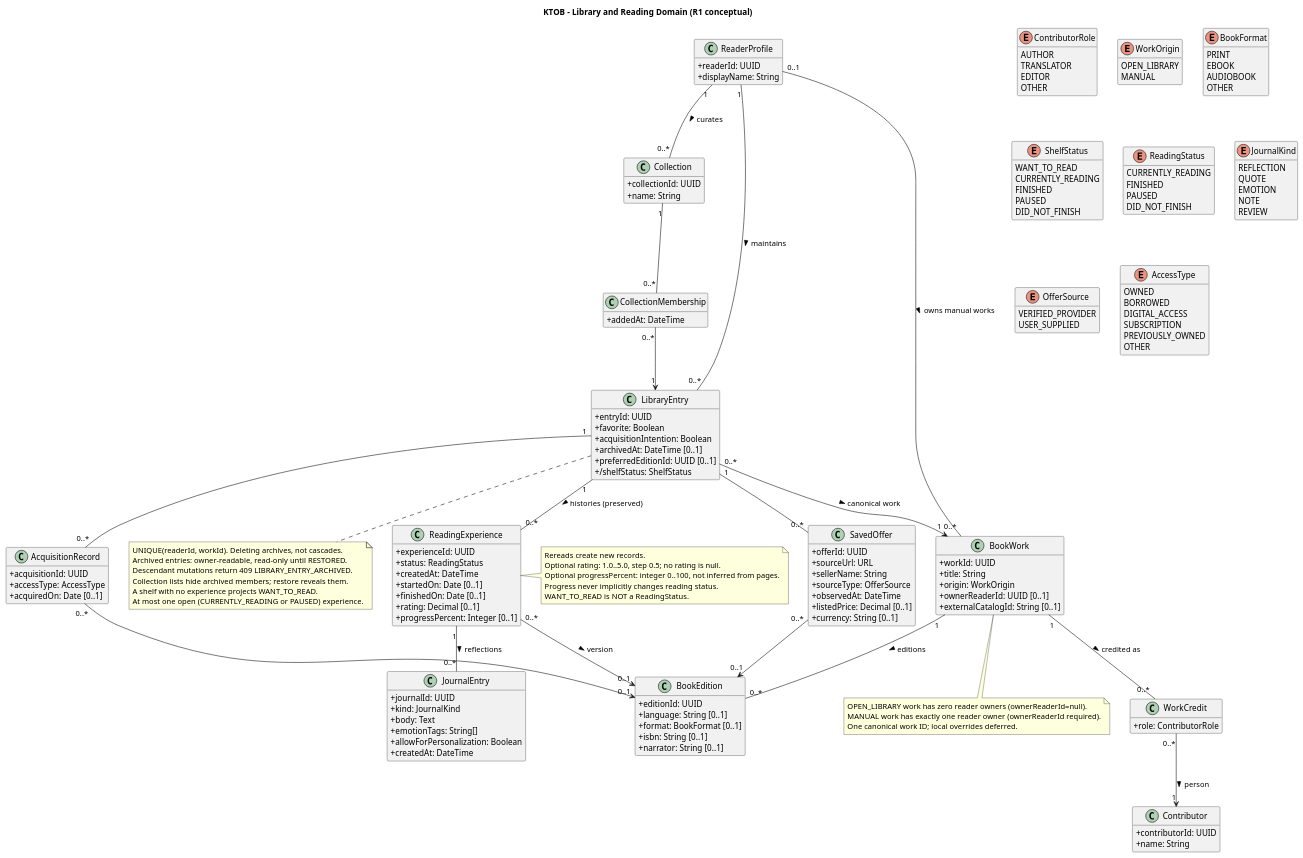
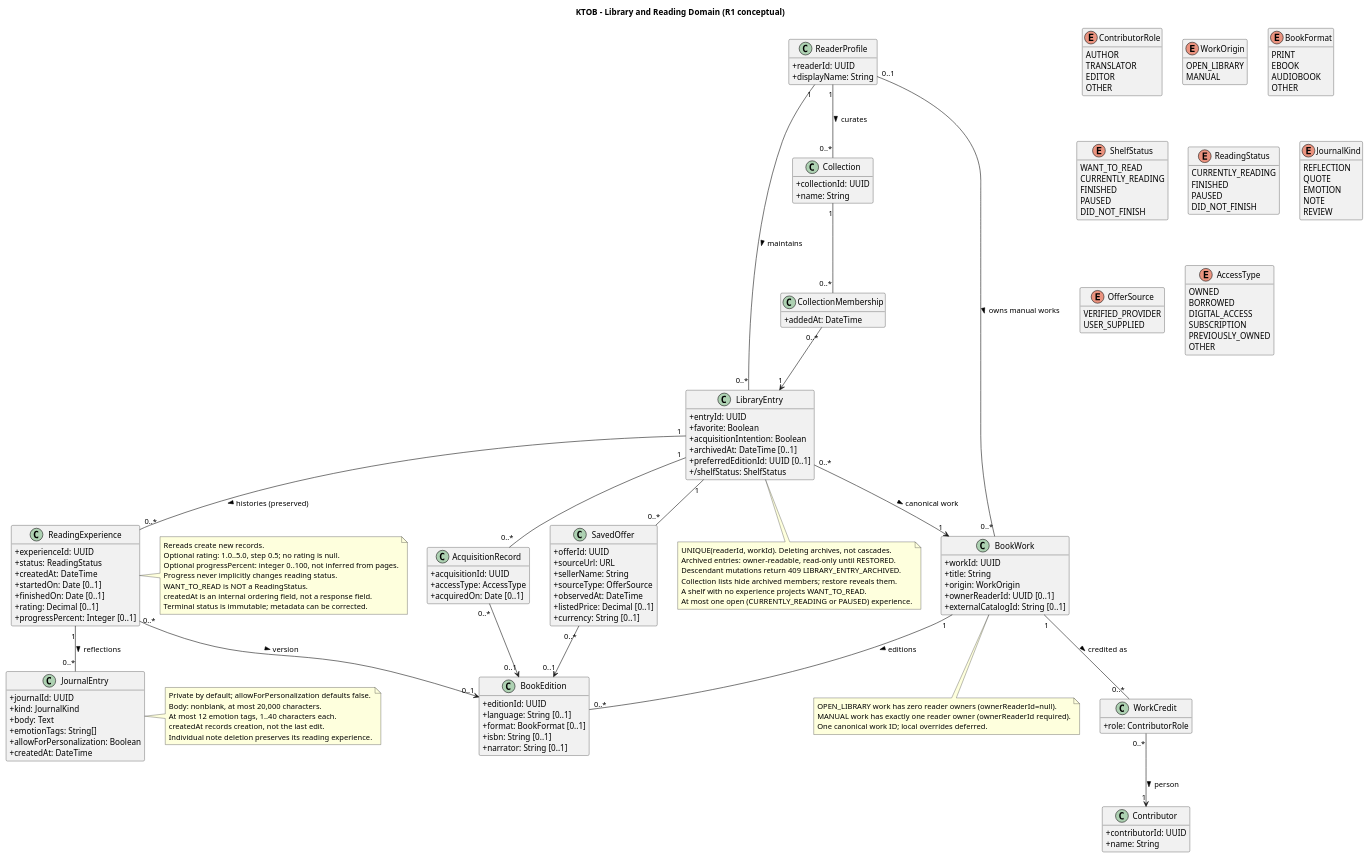
The diagram in docs/uml/02-domain-library.puml (Adam-BArbia/ktob-literary-companion), drawn with PlantUML before and after one commit. The commit also changed 36 other files, not shown here.

Commit message:
Implement private reading journal API and stable book discovery

```diff
--- a/docs/uml/02-domain-library.puml
+++ b/docs/uml/02-domain-library.puml
@@ -1,162 +1,171 @@
 @startuml KTOB_02_domain_library
 title KTOB - Library and Reading Domain (R1 conceptual)
 hide empty methods
 skinparam classAttributeIconSize 0
 class ReaderProfile {
  +readerId: UUID
  +displayName: String
  ' private display name; generated default if onboarding skipped
 }
 class BookWork {
  +workId: UUID
  +title: String
  +origin: WorkOrigin
  +ownerReaderId: UUID [0..1]
  +externalCatalogId: String [0..1]
 }
 class Contributor {
  +contributorId: UUID
  +name: String
 }
 class WorkCredit {
  +role: ContributorRole
 }
 enum ContributorRole {
  AUTHOR
  TRANSLATOR
  EDITOR
  OTHER
 }
 enum WorkOrigin {
  OPEN_LIBRARY
  MANUAL
 }
 class BookEdition {
  +editionId: UUID
  +language: String [0..1]
  +format: BookFormat [0..1]
  +isbn: String [0..1]
  +narrator: String [0..1]
 }
 enum BookFormat {
  PRINT
  EBOOK
  AUDIOBOOK
  OTHER
 }
 class LibraryEntry {
  +entryId: UUID
  +favorite: Boolean
  +acquisitionIntention: Boolean
  +archivedAt: DateTime [0..1]
  +preferredEditionId: UUID [0..1]
  +/shelfStatus: ShelfStatus
 }
 enum ShelfStatus {
  WANT_TO_READ
  CURRENTLY_READING
  FINISHED
  PAUSED
  DID_NOT_FINISH
 }
 class ReadingExperience {
  +experienceId: UUID
  +status: ReadingStatus
  +createdAt: DateTime
  +startedOn: Date [0..1]
  +finishedOn: Date [0..1]
  +rating: Decimal [0..1]
  +progressPercent: Integer [0..1]
 }
 enum ReadingStatus {
  CURRENTLY_READING
  FINISHED
  PAUSED
  DID_NOT_FINISH
 }
 class JournalEntry {
  +journalId: UUID
  +kind: JournalKind
  +body: Text
  +emotionTags: String[]
  +allowForPersonalization: Boolean
  +createdAt: DateTime
 }
 enum JournalKind {
  REFLECTION
  QUOTE
  EMOTION
  NOTE
  REVIEW
 }
 class Collection {
  +collectionId: UUID
  +name: String
 }
 class CollectionMembership {
  +addedAt: DateTime
 }
 class SavedOffer {
  +offerId: UUID
  +sourceUrl: URL
  +sellerName: String
  +sourceType: OfferSource
  +observedAt: DateTime
  +listedPrice: Decimal [0..1]
  +currency: String [0..1]
 }
 enum OfferSource {
  VERIFIED_PROVIDER
  USER_SUPPLIED
 }
 class AcquisitionRecord {
  +acquisitionId: UUID
  +accessType: AccessType
  +acquiredOn: Date [0..1]
 }
 enum AccessType {
  OWNED
  BORROWED
  DIGITAL_ACCESS
  SUBSCRIPTION
  PREVIOUSLY_OWNED
  OTHER
 }
 
 ReaderProfile "0..1" -- "0..*" BookWork : owns manual works >
 ReaderProfile "1" -- "0..*" LibraryEntry : maintains >
 LibraryEntry "0..*" --> "1" BookWork : canonical work >
 BookWork "1" -- "0..*" BookEdition : editions >
 BookWork "1" -- "0..*" WorkCredit : credited as >
 WorkCredit "0..*" --> "1" Contributor : person >
 LibraryEntry "1" -- "0..*" ReadingExperience : histories (preserved) >
 ReadingExperience "0..*" --> "0..1" BookEdition : version >
 ReadingExperience "1" -- "0..*" JournalEntry : reflections >
 ReaderProfile "1" -- "0..*" Collection : curates >
 Collection "1" -- "0..*" CollectionMembership
 CollectionMembership "0..*" --> "1" LibraryEntry
 LibraryEntry "1" -- "0..*" SavedOffer
 SavedOffer "0..*" --> "0..1" BookEdition
 LibraryEntry "1" -- "0..*" AcquisitionRecord
 AcquisitionRecord "0..*" --> "0..1" BookEdition
 note bottom of BookWork
 OPEN_LIBRARY work has zero reader owners (ownerReaderId=null).
 MANUAL work has exactly one reader owner (ownerReaderId required).
 One canonical work ID; local overrides deferred.
 end note
 note bottom of LibraryEntry
 UNIQUE(readerId, workId). Deleting archives, not cascades.
 Archived entries: owner-readable, read-only until RESTORED.
 Descendant mutations return 409 LIBRARY_ENTRY_ARCHIVED.
 Collection lists hide archived members; restore reveals them.
 A shelf with no experience projects WANT_TO_READ.
 At most one open (CURRENTLY_READING or PAUSED) experience.
 end note
 note right of ReadingExperience
 Rereads create new records.
 Optional rating: 1.0..5.0, step 0.5; no rating is null.
 Optional progressPercent: integer 0..100, not inferred from pages.
 Progress never implicitly changes reading status.
 WANT_TO_READ is NOT a ReadingStatus.
+createdAt is an internal ordering field, not a response field.
+Terminal status is immutable; metadata can be corrected.
+end note
+note right of JournalEntry
+Private by default; allowForPersonalization defaults false.
+Body: nonblank, at most 20,000 characters.
+At most 12 emotion tags, 1..40 characters each.
+createdAt records creation, not the last edit.
+Individual note deletion preserves its reading experience.
 end note
 @enduml
```
